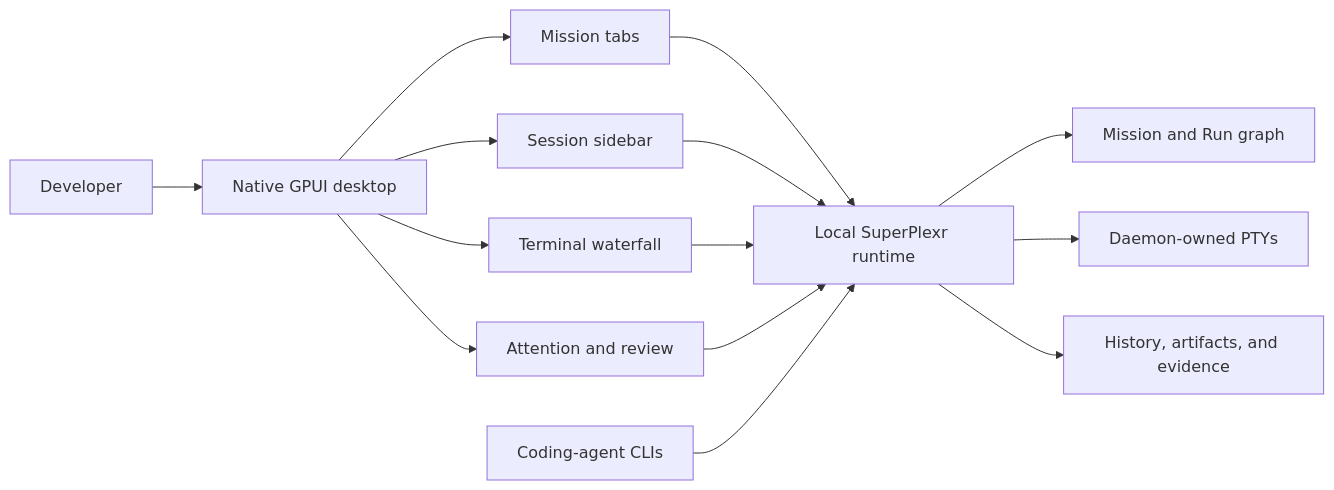
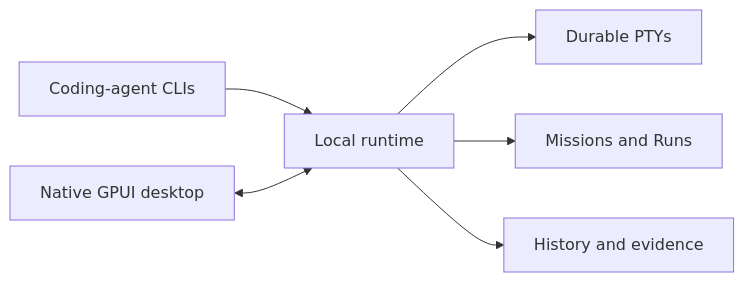
One commit to debpalash/superplexr changed the diagram in README.md. Above: the diagram before and after it, drawn with Mermaid. The commit also changed other lines of this file and 4 other files, not shown here.

````diff
--- a/README.md
+++ b/README.md
@@ -108,13 +86,8 @@
 ```mermaid
 flowchart LR
-    H[Developer] --> D[Native GPUI desktop]
-    D --> T[Mission tabs]
-    D --> S[Session sidebar]
-    D --> W[Terminal waterfall]
-    D --> A[Attention and review]
-    T & S & W & A --> R[Local SuperPlexr runtime]
-    G[Coding-agent CLIs] --> R
-    R --> M[Mission and Run graph]
-    R --> P[Daemon-owned PTYs]
-    R --> E[History, artifacts, and evidence]
+    A[Coding-agent CLIs] --> R[Local runtime]
+    D[Native GPUI desktop] <--> R
+    R --> P[Durable PTYs]
+    R --> M[Missions and Runs]
+    R --> E[History and evidence]
 ```
````
